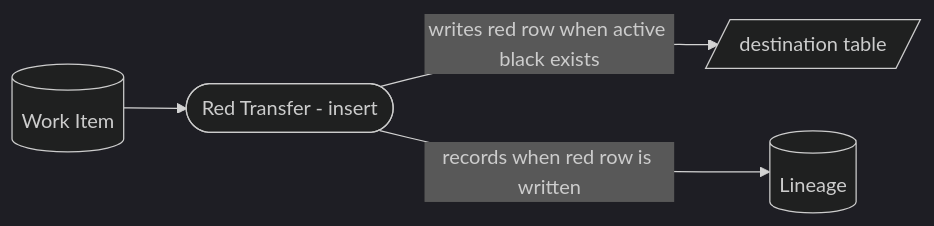
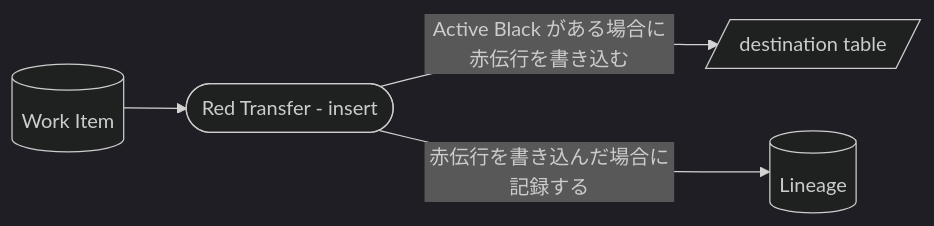
Before and after one commit to mk3008/rawsql-ts: the fifth of 9 diagrams in packages/transfer/docs/processes/transfer-execution-process.md, drawn with Mermaid (dark theme). The commit also changed other lines of this file and 70 other files, not shown here.

````diff
--- a/packages/transfer/docs/processes/transfer-execution-process.md
+++ b/packages/transfer/docs/processes/transfer-execution-process.md
@@ -112,11 +94,11 @@
 ```mermaid
 flowchart LR
   WorkItem[("Work Item")]
   RedTransfer(["Red Transfer - insert"])
   DestinationTable[/"destination table"/]
   Lineage[("Lineage")]
 
   WorkItem --> RedTransfer
-  RedTransfer -->|"writes red row when active black exists"| DestinationTable
-  RedTransfer -->|"records when red row is written"| Lineage
+  RedTransfer -->|"Active Black がある場合に赤伝行を書き込む"| DestinationTable
+  RedTransfer -->|"赤伝行を書き込んだ場合に記録する"| Lineage
 ```
````
